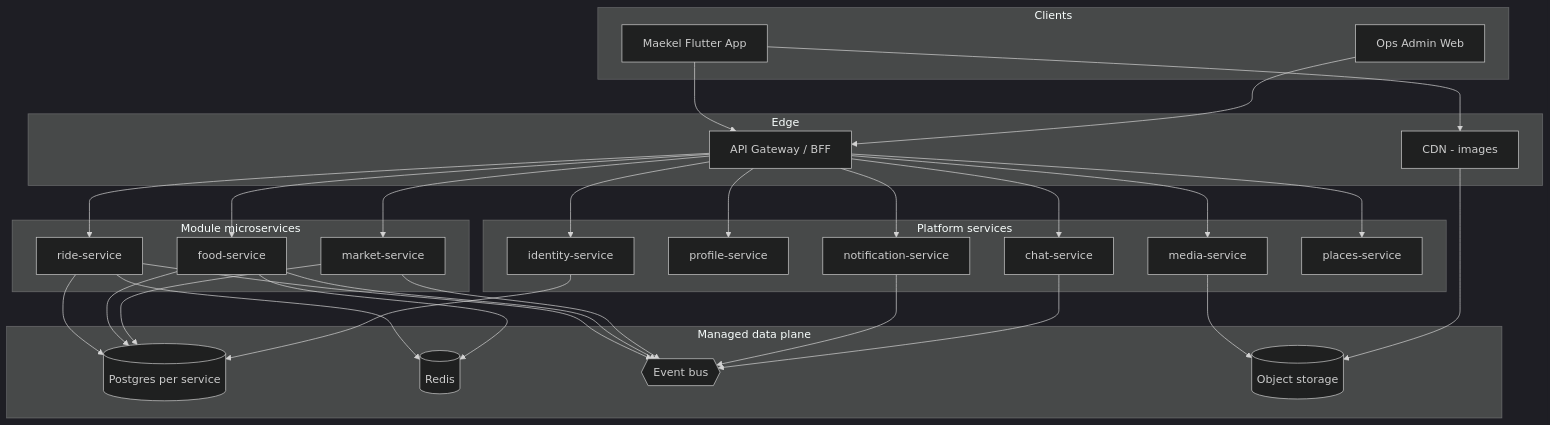
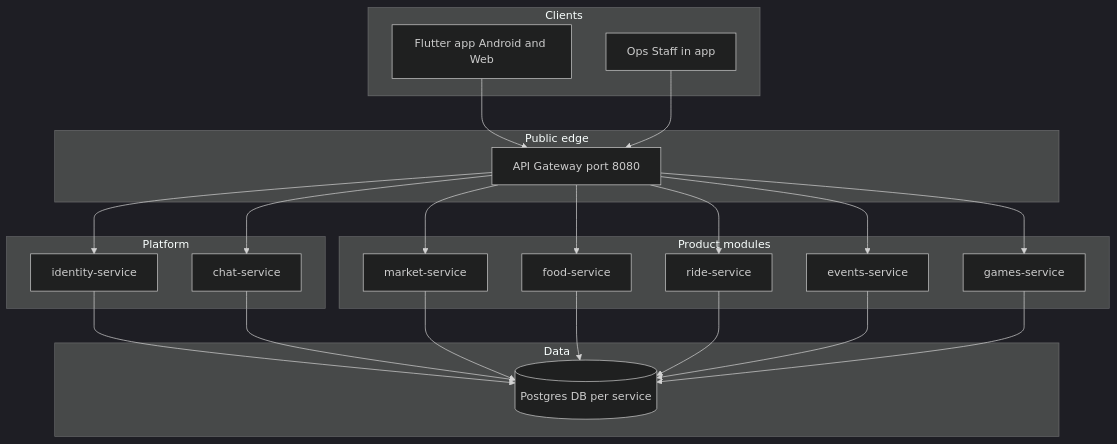
One commit to zewdnehnathan/maekel changed the first of 12 diagrams in docs/architecture.md. Above: the diagram before and after it, drawn with Mermaid (dark theme). The commit also changed other lines of this file and 41 other files, not shown here.

First line of the commit message:
Ship market/events ops fixes and host door check-in.

````diff
--- a/docs/architecture.md
+++ b/docs/architecture.md
@@ -29,60 +32,45 @@
 ```mermaid
 flowchart TB
   subgraph clients [Clients]
-    Flutter[Maekel Flutter App]
-    AdminWeb[Ops Admin Web]
+    FlutterApp[Flutter app Android and Web]
+    OpsUser[Ops Staff in app]
   end
 
-  subgraph edge [Edge]
-    GW[API Gateway / BFF]
-    CDN[CDN - images]
+  subgraph edge [Public edge]
+    GW[API Gateway port 8080]
   end
 
-  subgraph platform [Platform services]
+  subgraph platform [Platform]
     Identity[identity-service]
-    Profile[profile-service]
-    Media[media-service]
-    Notify[notification-service]
     Chat[chat-service]
-    Places[places-service]
   end
 
-  subgraph modules [Module microservices]
+  subgraph modules [Product modules]
+    Market[market-service]
+    Food[food-service]
     Ride[ride-service]
-    Food[food-service]
-    Market[market-service]
+    Events[events-service]
+    Games[games-service]
   end
 
-  subgraph data [Managed data plane]
-    PG[(Postgres per service)]
-    Redis[(Redis)]
-    MQ{{Event bus}}
-    Obj[(Object storage)]
+  subgraph data [Data]
+    PG[(Postgres DB per service)]
   end
 
-  Flutter --> GW
-  AdminWeb --> GW
-  Flutter --> CDN
+  FlutterApp --> GW
+  OpsUser --> GW
   GW --> Identity
-  GW --> Profile
-  GW --> Media
-  GW --> Notify
   GW --> Chat
-  GW --> Places
+  GW --> Market
+  GW --> Food
   GW --> Ride
-  GW --> Food
-  GW --> Market
-  Media --> Obj
-  CDN --> Obj
+  GW --> Events
+  GW --> Games
+  Identity --> PG
+  Chat --> PG
+  Market --> PG
+  Food --> PG
   Ride --> PG
-  Food --> PG
-  Market --> PG
-  Identity --> PG
-  Ride --> Redis
-  Food --> Redis
-  Ride --> MQ
-  Food --> MQ
-  Market --> MQ
-  Notify --> MQ
-  Chat --> MQ
+  Events --> PG
+  Games --> PG
 ```
````
